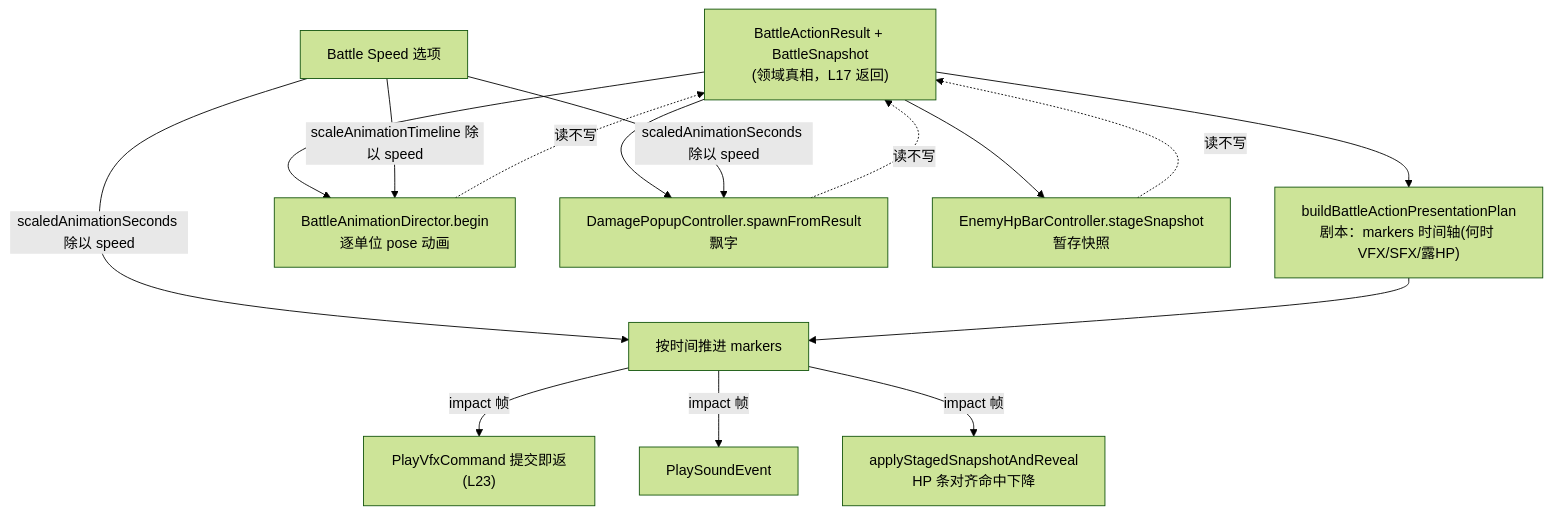
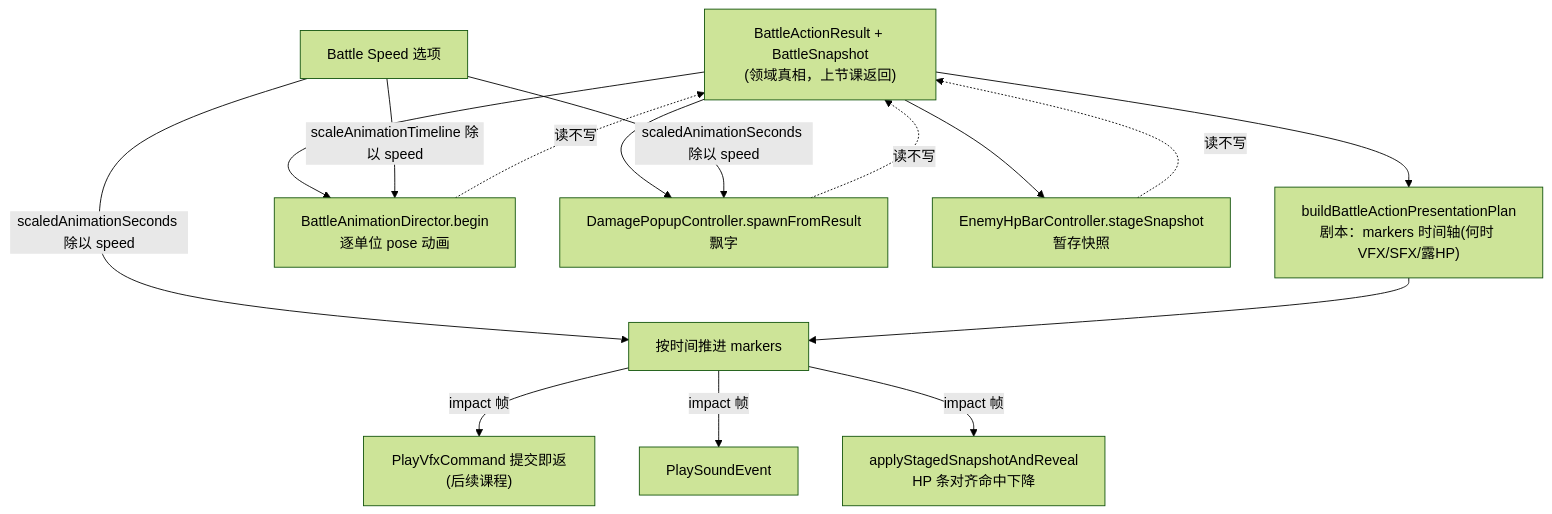
The diagram in lecture_plans/lectures/19-战斗表现与动画导演.md (WispSnow/TinyFarmRPG), drawn with Mermaid (forest theme) before and after one commit. The commit also changed other lines of this file and 14 other files, not shown here.

````diff
--- a/lecture_plans/lectures/19-战斗表现与动画导演.md
+++ b/lecture_plans/lectures/19-战斗表现与动画导演.md
@@ -32,22 +30,22 @@
 ```mermaid
 flowchart TD
-    RESULT["BattleActionResult + BattleSnapshot<br/>(领域真相，L17 返回)"]
+    RESULT["BattleActionResult + BattleSnapshot<br/>(领域真相，上节课返回)"]
 
     RESULT --> PLAN["buildBattleActionPresentationPlan<br/>剧本：markers 时间轴(何时 VFX/SFX/露HP)"]
     RESULT --> DIR["BattleAnimationDirector.begin<br/>逐单位 pose 动画"]
     RESULT --> POP["DamagePopupController.spawnFromResult<br/>飘字"]
     RESULT --> HPSTAGE["EnemyHpBarController.stageSnapshot<br/>暂存快照"]
 
     SPEED["Battle Speed 选项"] -->|"scaleAnimationTimeline 除以 speed"| DIR
     SPEED -->|"scaledAnimationSeconds 除以 speed"| SCHED
     SPEED -->|"scaledAnimationSeconds 除以 speed"| POP
 
     PLAN --> SCHED["按时间推进 markers"]
-    SCHED -->|impact 帧| VFX["PlayVfxCommand 提交即返(L23)"]
+    SCHED -->|impact 帧| VFX["PlayVfxCommand 提交即返(后续课程)"]
     SCHED -->|impact 帧| SFX["PlaySoundEvent"]
     SCHED -->|impact 帧| HPREVEAL["applyStagedSnapshotAndReveal<br/>HP 条对齐命中下降"]
 
     DIR -.读不写.-> RESULT
     POP -.读不写.-> RESULT
     HPSTAGE -.读不写.-> RESULT
 ```
````
